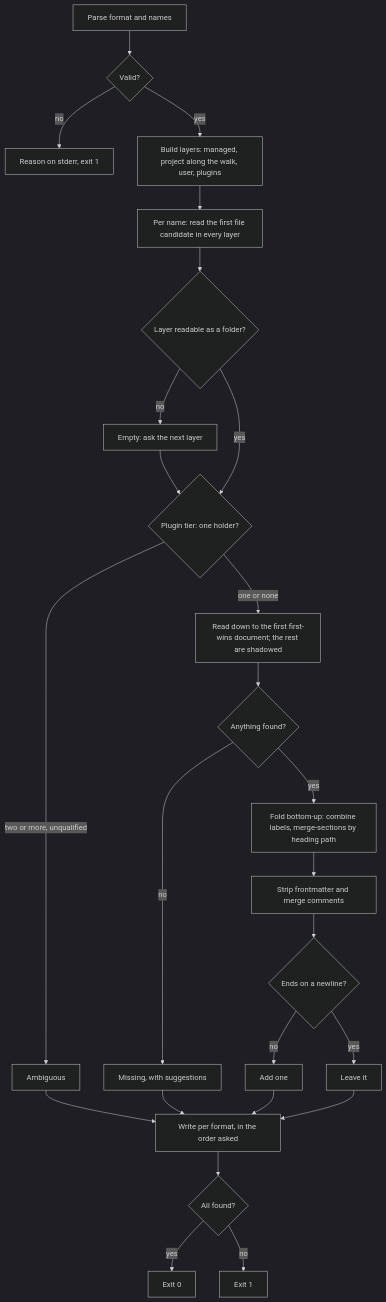
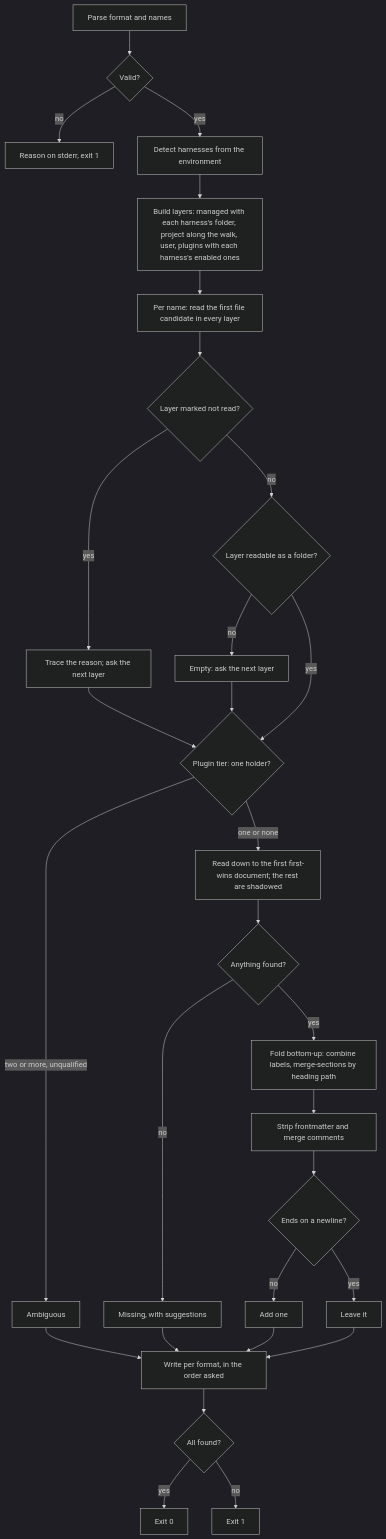
Before and after one commit to repobuddy/buddy-agent-harness: the first of 2 diagrams in packages/buddy-agent-harness/.agents/spec/cli/references/README.md, drawn with Mermaid (dark theme). The commit also changed other lines of this file and 25 other files, not shown here.

First line of the commit message:
feat(reference): harness-managed folders, enabled plugins, and per-harness skill names (#190)

````diff
--- a/packages/buddy-agent-harness/.agents/spec/cli/references/README.md
+++ b/packages/buddy-agent-harness/.agents/spec/cli/references/README.md
@@ -200,27 +236,31 @@
 ```mermaid
 flowchart TD
   A[Parse format and names] --> B{Valid?}
   B -->|no| C[Reason on stderr, exit 1]
-  B -->|yes| D[Build layers: managed, project along the walk, user, plugins]
+  B -->|yes| D0[Detect harnesses from the environment]
+  D0 --> D[Build layers: managed with each harness's folder, project along the walk, user, plugins with each harness's enabled ones]
   D --> E[Per name: read the first file candidate in every layer]
-  E --> E1{Layer readable as a folder?}
+  E --> E0{Layer marked not read?}
+  E0 -->|yes| E3[Trace the reason; ask the next layer]
+  E0 -->|no| E1{Layer readable as a folder?}
+  E3 --> F
   E1 -->|no| E2[Empty: ask the next layer]
   E1 -->|yes| F{Plugin tier: one holder?}
   E2 --> F
   F -->|two or more, unqualified| G[Ambiguous]
   F -->|one or none| K[Read down to the first first-wins document; the rest are shadowed]
   K --> L{Anything found?}
   L -->|no| M[Missing, with suggestions]
   L -->|yes| N[Fold bottom-up: combine labels, merge-sections by heading path]
   N --> O[Strip frontmatter and merge comments]
   O --> O1{Ends on a newline?}
   O1 -->|no| O2[Add one]
   O1 -->|yes| O3[Leave it]
   O2 --> P
   O3 --> P
   G --> P[Write per format, in the order asked]
   M --> P
   P --> Q{All found?}
   Q -->|yes| R[Exit 0]
   Q -->|no| S[Exit 1]
 ```
````
